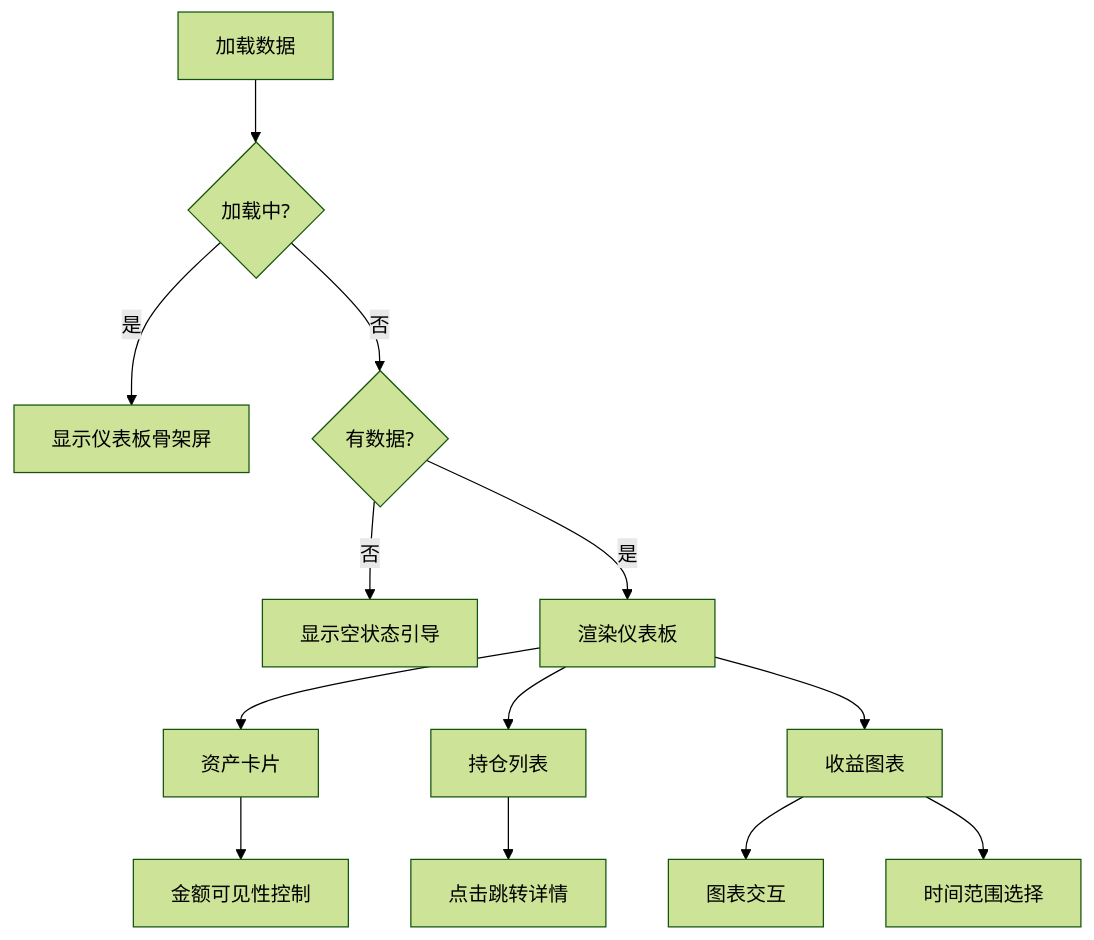
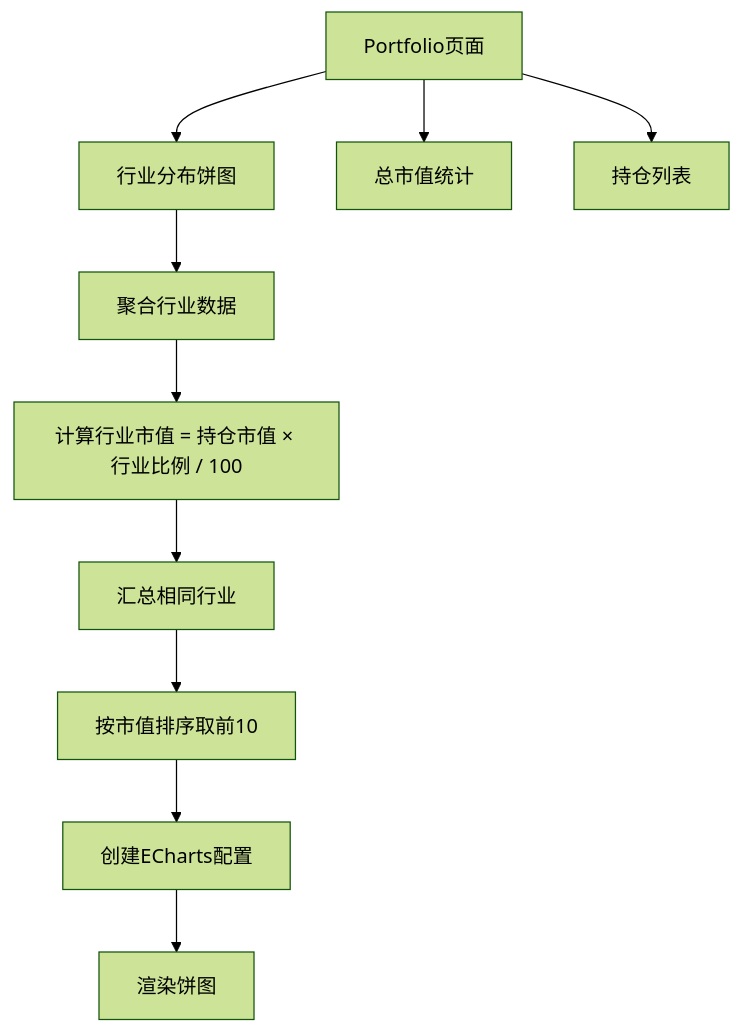
One commit to gree-coder/fund-butler changed the sixth of 9 diagrams in .qoder/repowiki/zh/content/Dashboard Enhancement.md. Above: the diagram before and after it, drawn with Mermaid (forest theme). The commit also changed other lines of this file and 15 other files, not shown here.

````diff
--- a/.qoder/repowiki/zh/content/Dashboard Enhancement.md
+++ b/.qoder/repowiki/zh/content/Dashboard Enhancement.md
@@ -274,15 +308,12 @@
 ```mermaid
 flowchart TD
-LoadData[加载数据] --> CheckLoading{加载中?}
-CheckLoading --> |是| ShowSkeleton[显示仪表板骨架屏]
-CheckLoading --> |否| CheckData{有数据?}
-CheckData --> |否| ShowEmpty[显示空状态引导]
-CheckData --> |是| RenderDashboard[渲染仪表板]
-RenderDashboard --> AssetCards[资产卡片]
-RenderDashboard --> PositionList[持仓列表]
-RenderDashboard --> ProfitChart[收益图表]
-AssetCards --> AmountVisibility[金额可见性控制]
-PositionList --> ClickNavigation[点击跳转详情]
-ProfitChart --> ChartInteraction[图表交互]
-ProfitChart --> TimeRangeSelector[时间范围选择]
+Portfolio[Portfolio页面] --> IndustryChart[行业分布饼图]
+IndustryChart --> AggregateData[聚合行业数据]
+AggregateData --> CalcValue["计算行业市值 = 持仓市值 × 行业比例 / 100"]
+CalcValue --> SumIndustry["汇总相同行业"]
+SumIndustry --> SortIndustry["按市值排序取前10"]
+SortIndustry --> CreateOption["创建ECharts配置"]
+CreateOption --> RenderChart[渲染饼图]
+Portfolio --> SummaryStats[总市值统计]
+Portfolio --> PositionList[持仓列表]
 ```
````
